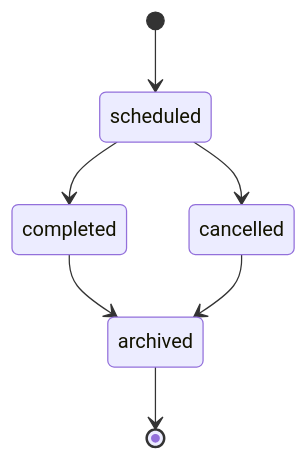
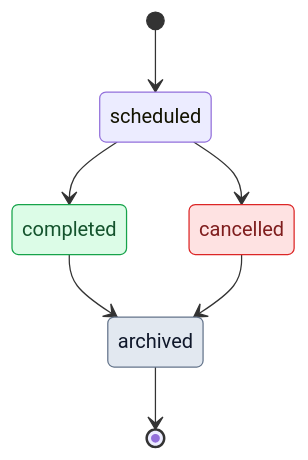
Before and after one commit to DOSTSquad/meeting-mgnt: the third of 5 diagrams in artefacts/docs/technical-spec.md, drawn with Mermaid. The commit also changed other lines of this file and 3 other files, not shown here.

First line of the commit message:
Restyle specification diagrams and regenerate the PDF

````diff
--- a/artefacts/docs/technical-spec.md
+++ b/artefacts/docs/technical-spec.md
@@ -147,9 +165,16 @@
 ```mermaid
 stateDiagram-v2
   [*] --> scheduled
   scheduled --> completed
   scheduled --> cancelled
   completed --> archived
   cancelled --> archived
   archived --> [*]
+
+  classDef good fill:#dcfce7,stroke:#16a34a,color:#14532d
+  classDef bad fill:#fee2e2,stroke:#dc2626,color:#7f1d1d
+  classDef done fill:#e2e8f0,stroke:#64748b,color:#0f172a
+  class completed good
+  class cancelled bad
+  class archived done
 ```
````
